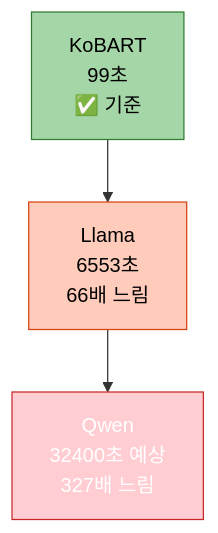
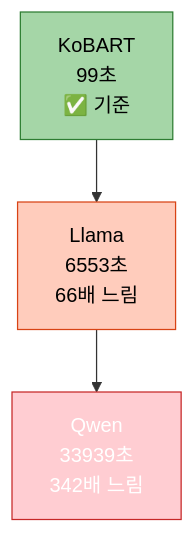
One commit to AIBootcamp14/naturallanguageprocessingcompetition-nlp-1 changed the ninth of 12 diagrams in docs/experiments/20251013_161056_test_strategy3_triple_실험분석.md. Above: the diagram before and after it, drawn with Mermaid. The commit also changed other lines of this file, not shown here.

````diff
--- a/docs/experiments/20251013_161056_test_strategy3_triple_실험분석.md
+++ b/docs/experiments/20251013_161056_test_strategy3_triple_실험분석.md
@@ -826,9 +840,9 @@
 ```mermaid
 graph TB
     A[KoBART<br/>99초<br/>✅ 기준] --> B[Llama<br/>6553초<br/>66배 느림]
-    B --> C[Qwen<br/>32400초 예상<br/>327배 느림]
+    B --> C[Qwen<br/>33939초<br/>342배 느림]
 
     style A fill:#a5d6a7,stroke:#2e7d32,color:#000
     style B fill:#ffccbc,stroke:#d84315,color:#000
     style C fill:#ffcdd2,stroke:#c62828,color:#fff
 ```
````
